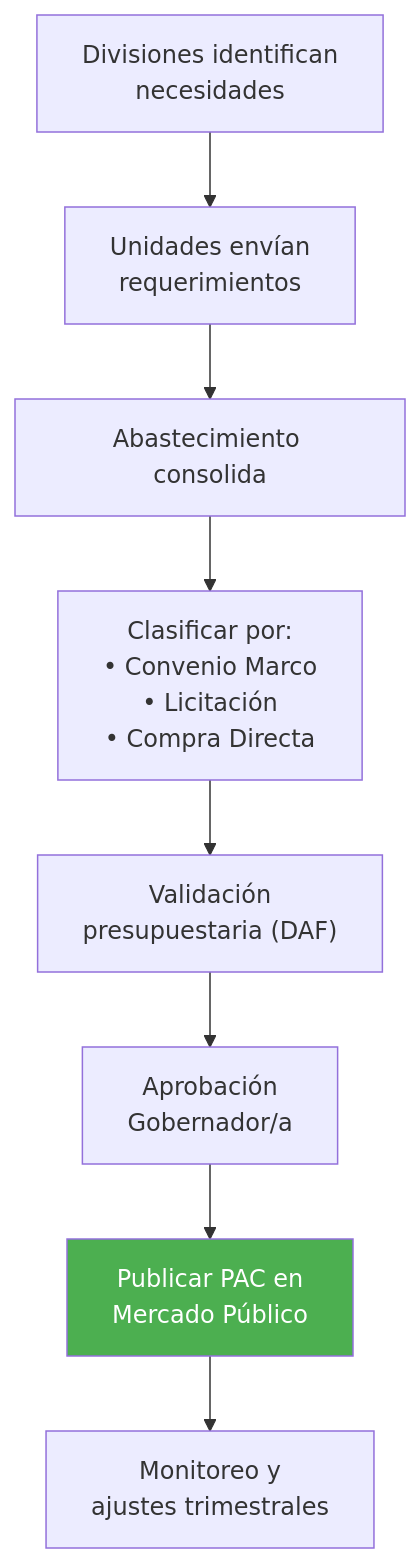
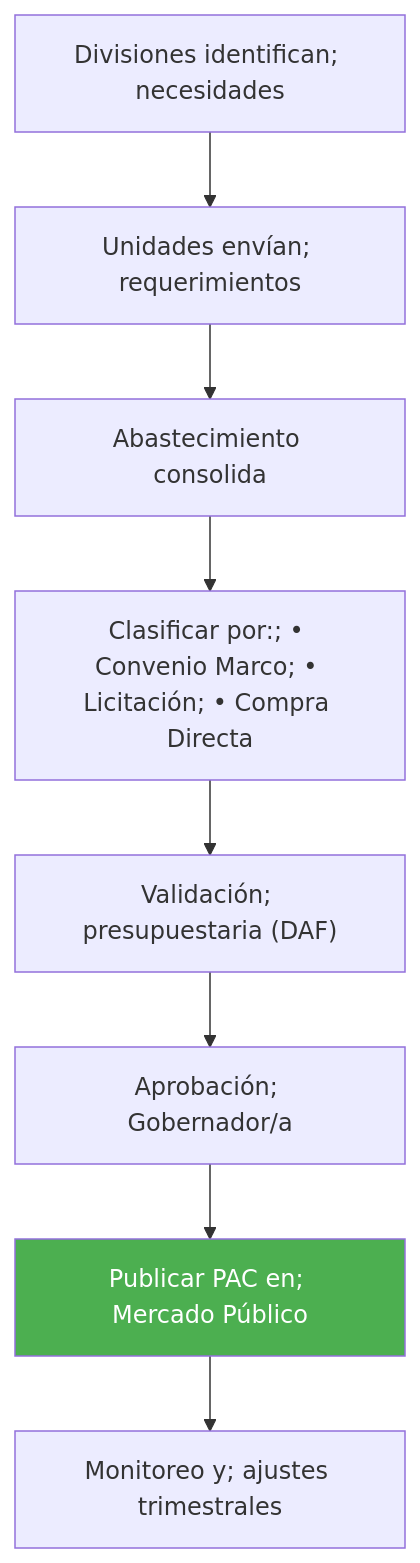
Before and after one commit to felix-antonio-sl/kora: the second of 6 diagrams in drafts/gn/bpmn/bpmn-d04-compras-contrataciones.md, drawn with Mermaid. The commit also changed other lines of this file and 265 other files, not shown here.

````diff
--- a/drafts/gn/bpmn/bpmn-d04-compras-contrataciones.md
+++ b/drafts/gn/bpmn/bpmn-d04-compras-contrataciones.md
@@ -93,11 +92,12 @@
 ```mermaid
 flowchart TD
-    A["Divisiones identifican<br/>necesidades"] --> B["Unidades envían<br/>requerimientos"]
-    B --> C["Abastecimiento consolida"]
-    C --> D["Clasificar por:<br/>• Convenio Marco<br/>• Licitación<br/>• Compra Directa"]
-    D --> E["Validación<br/>presupuestaria (DAF)"]
-    E --> F["Aprobación<br/>Gobernador/a"]
-    F --> G["Publicar PAC en<br/>Mercado Público"]
-    G --> H["Monitoreo y<br/>ajustes trimestrales"]
-    style G fill:#4CAF50,color:#fff
+ A["Divisiones identifican; necesidades"] --> B["Unidades envían; requerimientos"]
+ B --> C["Abastecimiento consolida"]
+ C --> D["Clasificar por:; • Convenio Marco; • Licitación; • Compra Directa"]
+ D --> E["Validación; presupuestaria (DAF)"]
+ E --> F["Aprobación; Gobernador/a"]
+ F --> G["Publicar PAC en; Mercado Público"]
+ G --> H["Monitoreo y; ajustes trimestrales"]
+
+ style G fill:#4CAF50,color:#fff
 ```
````
